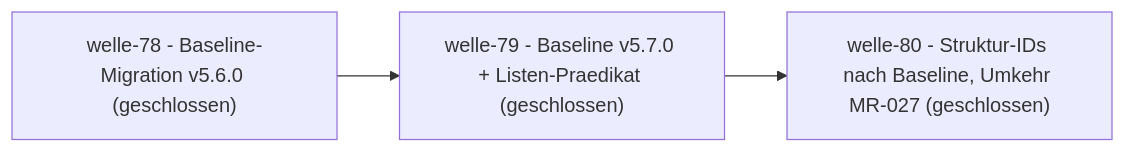
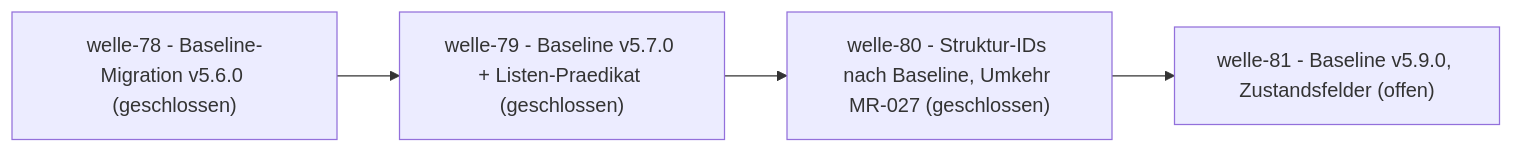
Before and after one commit to pt9912/d-check: the diagram in docs/plan/planning/in-progress/roadmap.md, drawn with Mermaid. The commit also changed other lines of this file and 5 other files, not shown here.

````diff
--- a/docs/plan/planning/in-progress/roadmap.md
+++ b/docs/plan/planning/in-progress/roadmap.md
@@ -66,8 +68,10 @@
 ```mermaid
 flowchart LR
     W78["welle-78 - Baseline-Migration v5.6.0 (geschlossen)"]
     W79["welle-79 - Baseline v5.7.0 + Listen-Praedikat (geschlossen)"]
     W78 --> W79
     W80["welle-80 - Struktur-IDs nach Baseline, Umkehr MR-027 (geschlossen)"]
     W79 --> W80
+    W81["welle-81 - Baseline v5.9.0, Zustandsfelder (offen)"]
+    W80 --> W81
 ```
````
